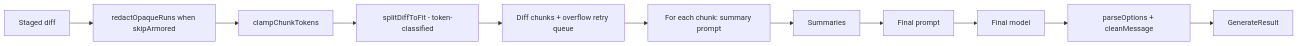
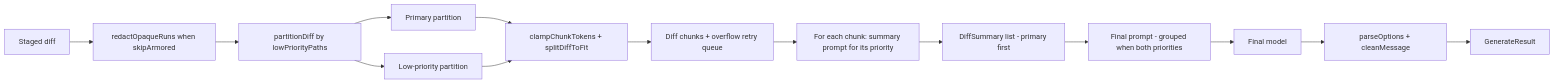
Before and after one commit to synmux/claude-commit: the fourth of 7 diagrams in WALKTHROUGH.md, drawn with Mermaid. The commit also changed other lines of this file and 22 other files, not shown here.

````diff
--- a/WALKTHROUGH.md
+++ b/WALKTHROUGH.md
@@ -175,13 +185,16 @@
 ```mermaid
 flowchart LR
   diff[Staged diff] --> redact[redactOpaqueRuns when skipArmored]
-  redact --> budget[clampChunkTokens]
-  budget --> split[splitDiffToFit - token-classified]
-  split --> chunks[Diff chunks + overflow retry queue]
-  chunks --> summaryLoop[For each chunk: summary prompt]
-  summaryLoop --> summaries[Summaries]
-  summaries --> finalPrompt[Final prompt]
+  redact --> partition[partitionDiff by lowPriorityPaths]
+  partition --> primary[Primary partition]
+  partition --> low[Low-priority partition]
+  primary --> budget[clampChunkTokens + splitDiffToFit]
+  low --> budget
+  budget --> chunks[Diff chunks + overflow retry queue]
+  chunks --> summaryLoop[For each chunk: summary prompt for its priority]
+  summaryLoop --> summaries[DiffSummary list - primary first]
+  summaries --> finalPrompt[Final prompt - grouped when both priorities]
   finalPrompt --> finalModel[Final model]
   finalModel --> clean[parseOptions + cleanMessage]
   clean --> result[GenerateResult]
 ```
````
